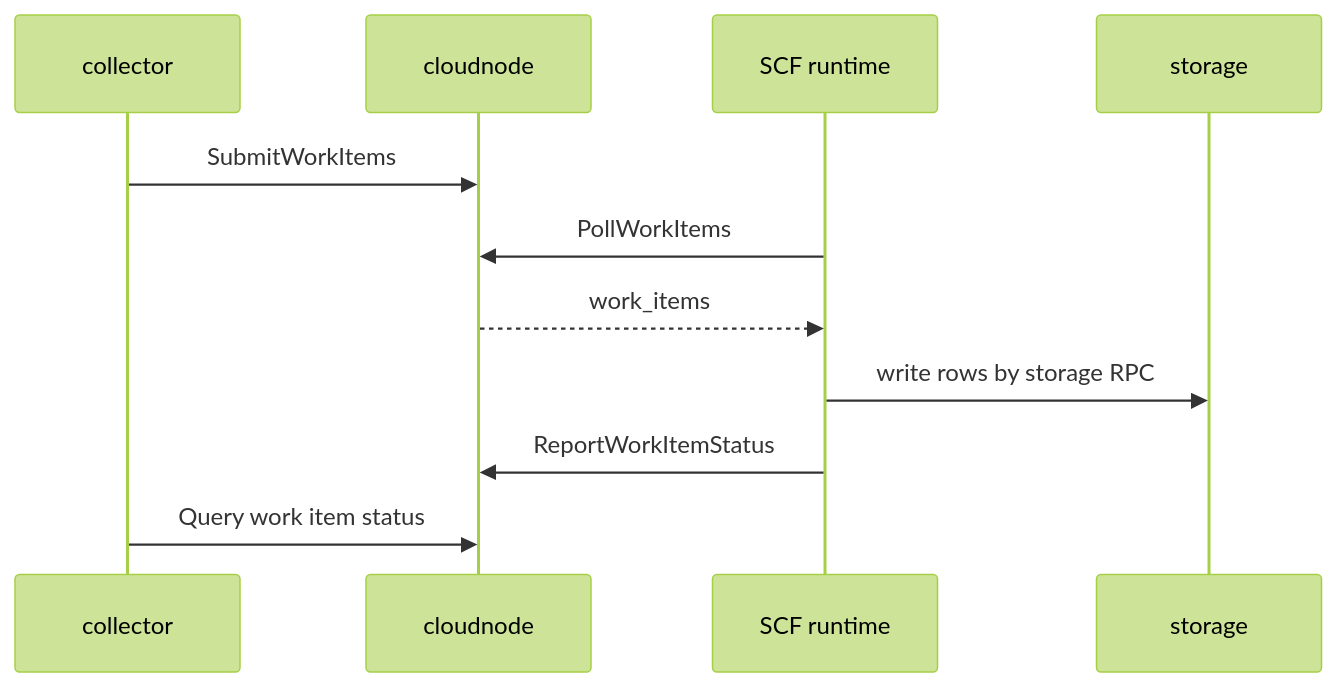
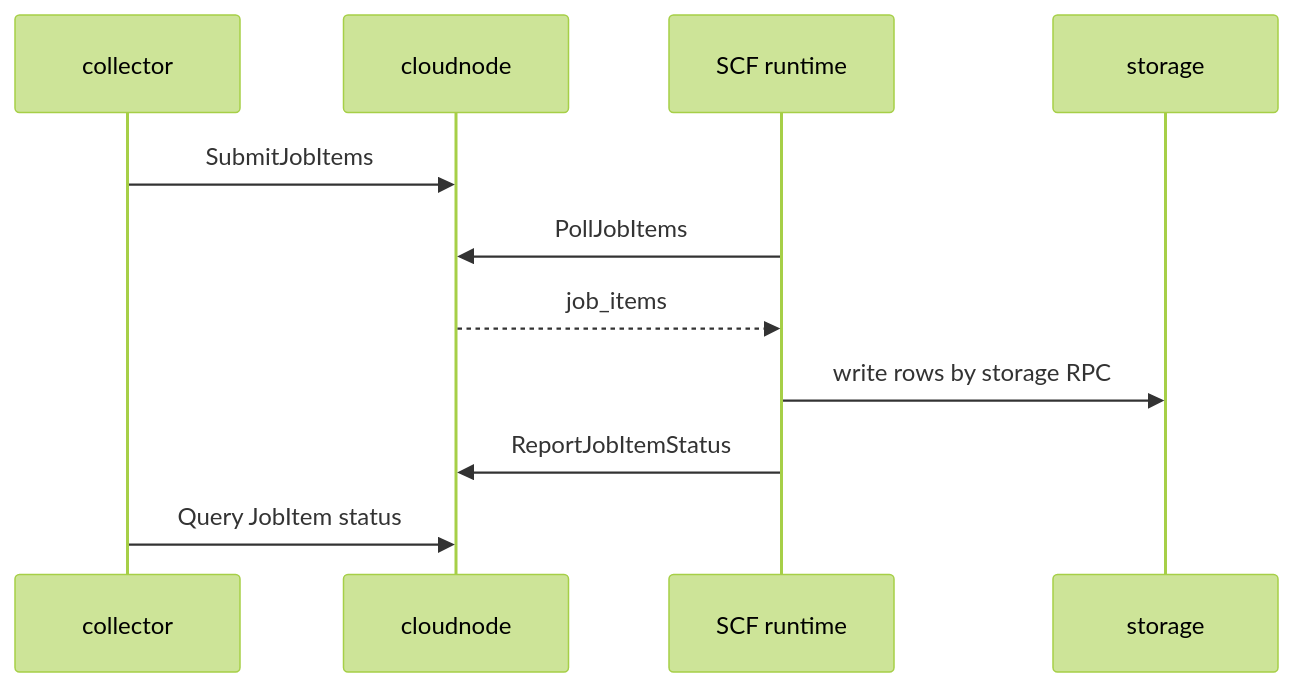
One commit to mooyang-code/moox changed the second of 3 diagrams in docs/云节点执行平台架构.md. Above: the diagram before and after it, drawn with Mermaid (forest theme). The commit also changed other lines of this file and 122 other files, not shown here.

First line of the commit message:
feat(cloudnode): simplify job item runtime

````diff
--- a/docs/云节点执行平台架构.md
+++ b/docs/云节点执行平台架构.md
@@ -195,14 +195,14 @@
 ```mermaid
 sequenceDiagram
   participant Collector as collector
   participant CloudNode as cloudnode
   participant SCF as SCF runtime
   participant Storage as storage
 
-  Collector->>CloudNode: SubmitWorkItems
-  SCF->>CloudNode: PollWorkItems
-  CloudNode-->>SCF: work_items
+  Collector->>CloudNode: SubmitJobItems
+  SCF->>CloudNode: PollJobItems
+  CloudNode-->>SCF: job_items
   SCF->>Storage: write rows by storage RPC
-  SCF->>CloudNode: ReportWorkItemStatus
-  Collector->>CloudNode: Query work item status
+  SCF->>CloudNode: ReportJobItemStatus
+  Collector->>CloudNode: Query JobItem status
 ```
````
